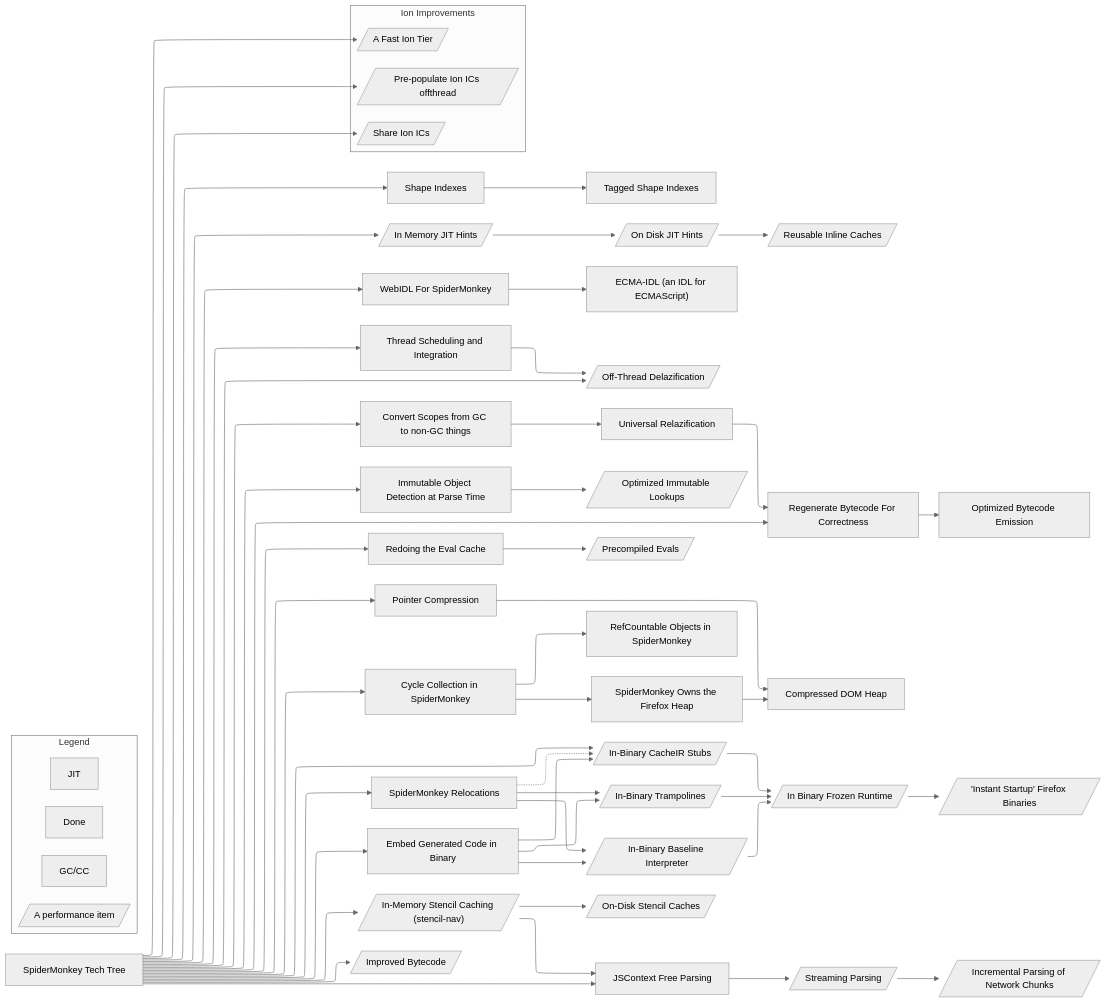
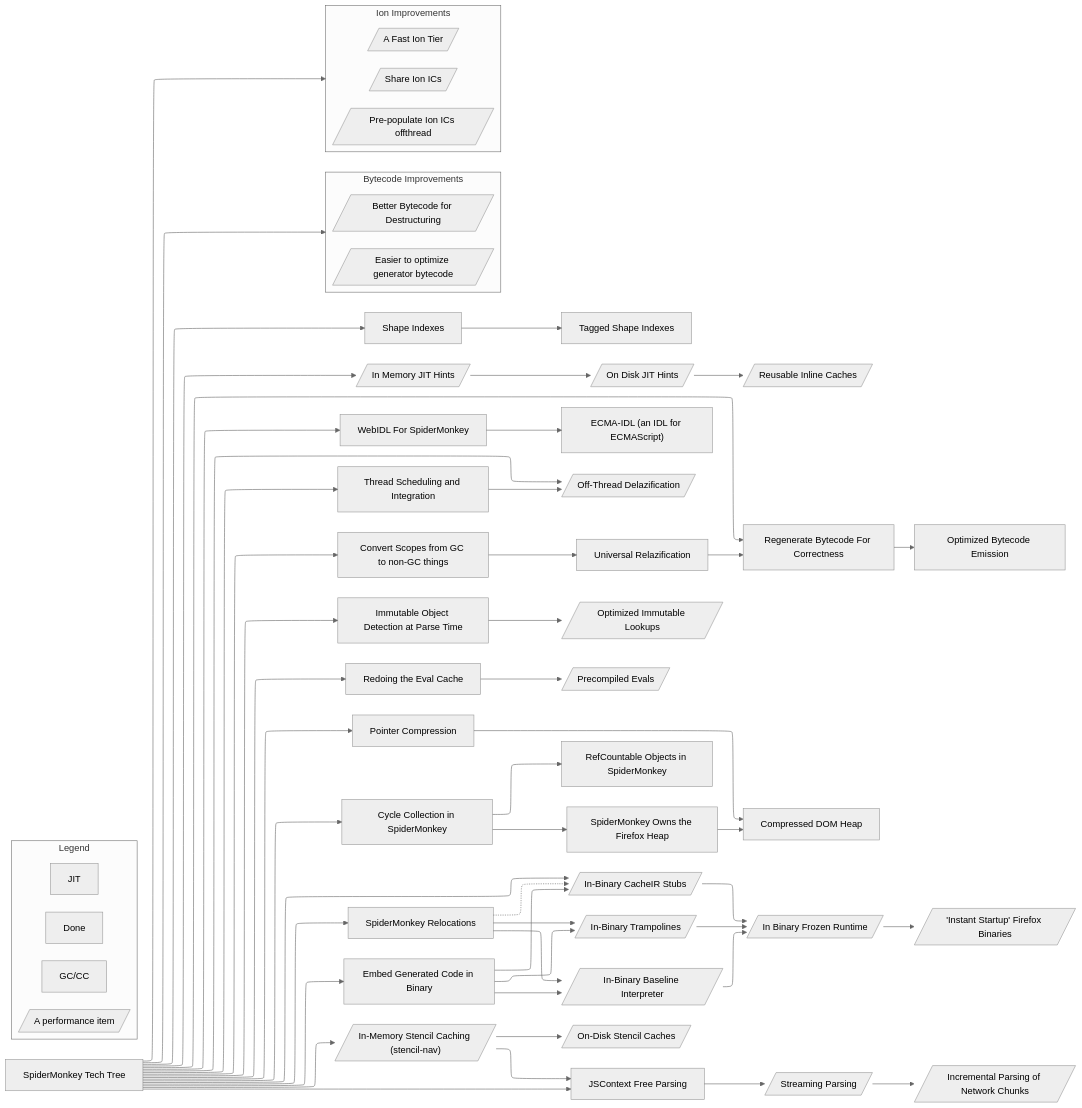
The diagram in tech_tree/diagram.mmd (mozilla-spidermonkey/spidermonkey.dev), drawn with Mermaid (neutral theme) before and after one commit. The commit also changed 1 other file, not shown here.

Commit message:
Add bytecode possibilties to tech tree
Clean up the ion subgraph a touch as well

```diff
--- a/tech_tree/diagram.mmd
+++ b/tech_tree/diagram.mmd
@@ -1,108 +1,115 @@
 %%{init: {"flowchart": {"defaultRenderer": "elk"}} }%%
 %% Use the elk renderer: Much better for this diagram.
 %% -- However, using elk as our renderer does have downsides. Elk doesn't
 %%    support dotted lines.
 flowchart LR
 
     subgraph Legend
         Done
         GC["GC/CC"]
         JIT
 
         class Done done
         class GC GC
         class JIT JIT
 
         perf[/"A performance item"/]
     end
 
     root[SpiderMonkey Tech Tree] --> shapeIndexes[Shape Indexes]
     shapeIndexes --> taggedShapeIndexes[Tagged Shape Indexes]
     root --> inMemoryJITHints[/"In Memory JIT Hints"/] --> onDiskJITHints[/"On  Disk JIT Hints"/] --> ric[/"Reusable Inline Caches"/]
 
     %% Mark In Memory JIT hints as done -- CSS class is in index.html
     class inMemoryJITHints done;
     class onDiskJITHints JIT;
     class ric JIT;
 
     root --> webIDL["WebIDL For SpiderMonkey"] --> ecmaIDL["ECMA-IDL (an IDL for ECMAScript)"]
     root --> scheduling["Thread Scheduling and Integration"] --> offThreadDelazification[/"Off-Thread Delazification"/]
     root --> offThreadDelazification
     root --> nonGCScopes["Convert Scopes from GC to non-GC things"] --> universalRelazification["Universal Relazification"]
     universalRelazification --> tossBytecode["Regenerate Bytecode For Correctness"]
     root --> tossBytecode --> optimizedBytecode["Optimized Bytecode Emission"]
     root --> immutableFlag["Immutable Object Detection at Parse Time"] --> optimizedImmutableLookups[/"Optimized Immutable Lookups"/]
     root --> evalCache["Redoing the Eval Cache"] --> precompiledEval[/"Precompiled Evals"/]
     root --> pointerCompression["Pointer Compression"] --> compressedDOM["Compressed DOM Heap"]
     class pointerCompression GC
     class compressedDOM GC
 
     root --> cc["Cycle Collection in SpiderMonkey"] --> refCount["RefCountable Objects in SpiderMonkey"]
     class cc GC
     class refCount GC
 
     cc --> smHeap["SpiderMonkey Owns the Firefox Heap"] --> compressedDOM
     class smHeap GC
 
     root --> inBinaryStubs[/"In-Binary CacheIR Stubs"/]
     root --> smRelocations["SpiderMonkey Relocations"]
     frozenRuntime[/"In Binary Frozen Runtime"/]
     frozenRuntime --> bakedFirefox[/"'Instant Startup' Firefox Binaries"/]
 
     smRelocations -.-> inBinaryStubs --> frozenRuntime
     smRelocations --> inBinaryTrampolines[/"In-Binary Trampolines"/] --> frozenRuntime
     smRelocations --> inBinaryBaseline[/"In-Binary Baseline Interpreter"/] --> frozenRuntime
 
     root --> inBinaryCode["Embed Generated Code in Binary"] --> inBinaryStubs & inBinaryTrampolines & inBinaryBaseline
 
     root --> stencilNav[/"In-Memory Stencil Caching (stencil-nav)"/]
     stencilNav --> onDiskStencil[/"On-Disk Stencil Caches"/]
     root --> contextFreeParsing["JSContext Free Parsing"]
     stencilNav --> contextFreeParsing
     contextFreeParsing --> streamingParsing[/"Streaming Parsing"/]
     streamingParsing --> networkParsing[/"Incremental Parsing of Network Chunks"/]
 
-    root --> improvedBytecode[/"Improved Bytecode"/]
 
 
-    root --> shareIonICs[/"Share Ion ICs"/]
-    root --> prepopulateIonIcs[/"Pre-populate Ion ICs offthread"/]
-    root --> fastIonTier[/"A Fast Ion Tier"/]
+    subgraph improvedBytecode [Bytecode Improvements]
+        destructuringBytecode[/"Better Bytecode for Destructuring"/]
+        generatorBytecodeTransforms[/"Easier to optimize generator bytecode"/]
+    end
+    root --> improvedBytecode
 
-    subgraph "Ion Improvements"
-        shareIonICs
-        prepopulateIonIcs
-        fastIonTier
+
+
+    subgraph ionImprovements [Ion Improvements]
+        shareIonICs[/"Share Ion ICs"/]
+        prepopulateIonIcs[/"Pre-populate Ion ICs offthread"/]
+        fastIonTier[/"A Fast Ion Tier"/]
     end
+    root --> ionImprovements
 
     %% Click Handlers
     %% Example of a programatic click handler for giggles. Notice that the callback
     %% is accessed relative to `window`.
     %% click webIDL callbacks.exampleCallback
 
     %% As an example of how we could group projects together.
     %% Commented out for now.
     %% subgraph "Gecko Managed Runtime"
     %%     cc
     %%     smHeap
     %%     webIDL
     %%     ecmaIDL
     %% end
 
     %% Detail links
     click shapeIndexes href "#shapeIndexes"
     click taggedShapeIndexes href "#taggedShapeIndexes"
     click universalRelazification href "#universalRelazification"
     click tossBytecode href "#tossBytecode"
     click immutableFlag href "#immutableFlag"
 
     click ric href "#ric"
     click smRelocations href "#smRelocations"
     click inMemoryJITHints href "https://bugzilla.mozilla.org/show_bug.cgi?id=1824772"
-    click improvedBytecode "#improvedBytecode"
+
     click streamingParsing "#streamingParsing"
     click inBinaryCode "#inBinaryCode"
 
     click shareIonICs "#shareIonICs"
     click prepopulateIonIcs "#prepopulateIonIcs"
     click fastIonTier "#fastIonTier"
+
+    click destructuringBytecode "#destructuringBytecode"
+    click generatorBytecodeTransforms "#generatorBytecodeTransforms"
```
